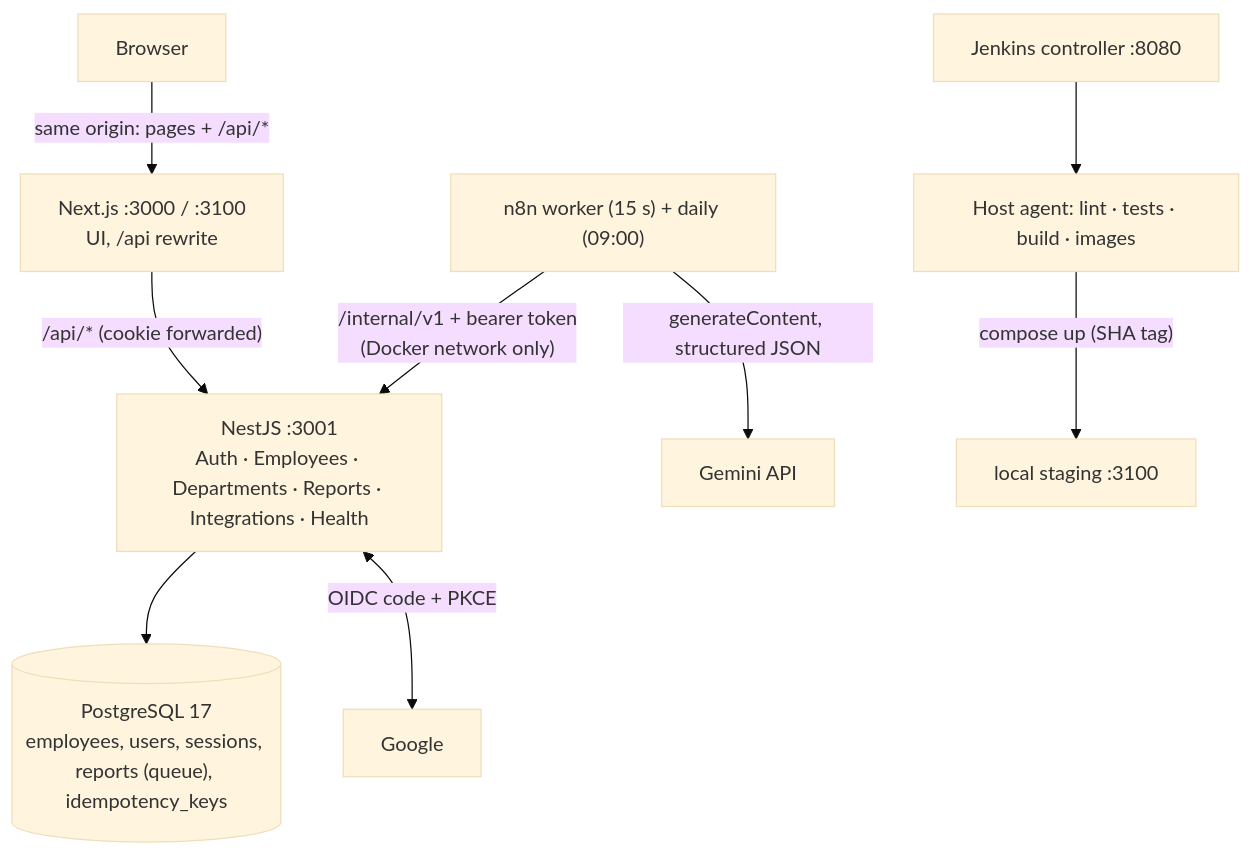
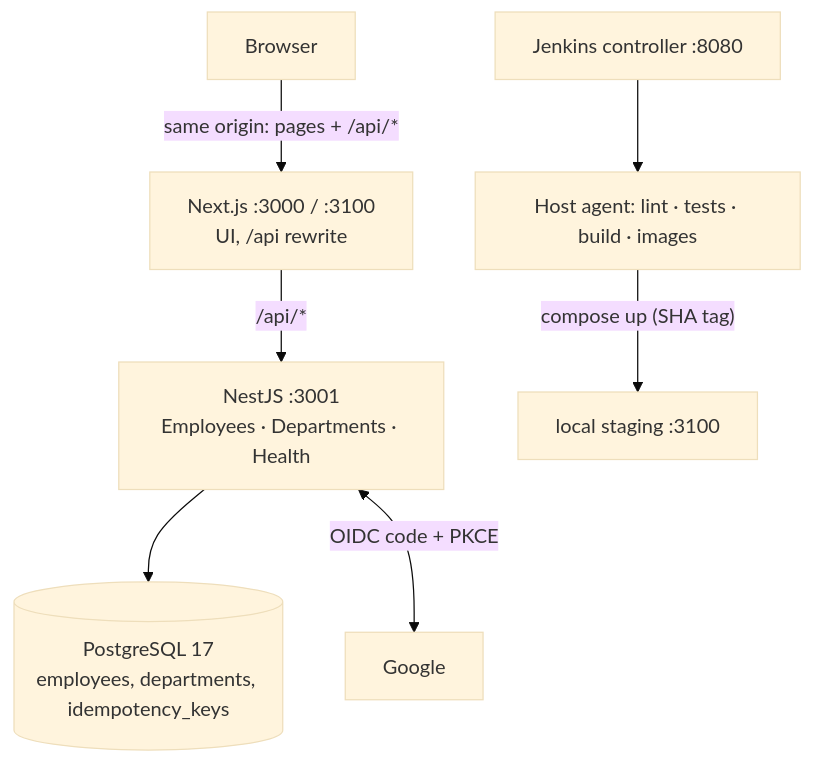
The diagram in docs/architecture.md (sittipong-hemloun/helius-tech-test), drawn with Mermaid (base theme) before and after one commit. The commit also changed other lines of this file and 220 other files, not shown here.

````diff
--- a/docs/architecture.md
+++ b/docs/architecture.md
@@ -5,11 +5,9 @@
 ```mermaid
 flowchart TD
     B["Browser"] -->|"same origin: pages + /api/*"| W["Next.js :3000 / :3100<br/>UI, /api rewrite"]
-    W -->|"/api/* (cookie forwarded)"| A["NestJS :3001<br/>Auth · Employees · Departments · Reports · Integrations · Health"]
-    A --> DB[("PostgreSQL 17<br/>employees, users, sessions, reports (queue), idempotency_keys")]
+    W -->|"/api/*"| A["NestJS :3001<br/>Employees · Departments · Health"]
+    A --> DB[("PostgreSQL 17<br/>employees, departments, idempotency_keys")]
     A <-->|"OIDC code + PKCE"| G["Google"]
-    N["n8n worker (15 s) + daily (09:00)"] -->|"/internal/v1 + bearer token<br/>(Docker network only)"| A
-    N -->|"generateContent, structured JSON"| M["Gemini API"]
     J["Jenkins controller :8080"] --> JA["Host agent: lint · tests · build · images"]
     JA -->|"compose up (SHA tag)"| ST["local staging :3100"]
 ```
````
